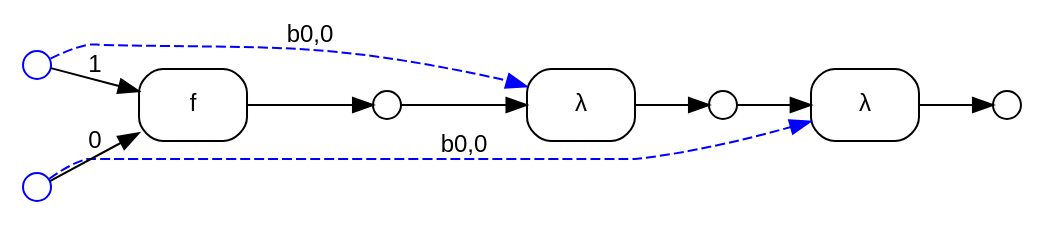
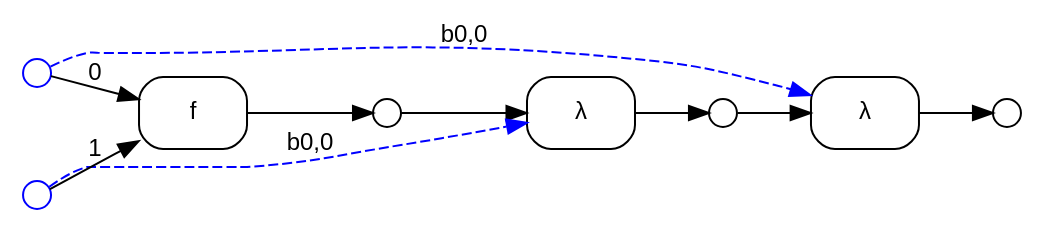
One commit to ammatsui/bhypvis changed the diagram in safety_safe_nested_lambda.dot. Above: the diagram before and after it, drawn with Graphviz. The commit also changed other lines of this file and 765 other files, not shown here.

```diff
--- a/safety_safe_nested_lambda.dot
+++ b/safety_safe_nested_lambda.dot
@@ -1,32 +1,32 @@
 digraph G {
   fontname="Helvetica"
   fontsize=12
   rankdir=LR;
   node [fontname="Helvetica", fontsize=12];
   edge [fontname="Helvetica", fontsize=12];
 
   // Nodes
-  n4 [label="", shape=circle, style=filled, fillcolor=white, color="black", width=0.2, height=0.2, fixedsize=true];
+  n0 [label="", shape=circle, style=filled, fillcolor=white, color="blue", width=0.2, height=0.2, fixedsize=true];
+  n2 [label="", shape=circle, style=filled, fillcolor=white, color="black", width=0.2, height=0.2, fixedsize=true];
   n1 [label="", shape=circle, style=filled, fillcolor=white, color="blue", width=0.2, height=0.2, fixedsize=true];
   n3 [label="", shape=circle, style=filled, fillcolor=white, color="black", width=0.2, height=0.2, fixedsize=true];
-  n2 [label="", shape=circle, style=filled, fillcolor=white, color="black", width=0.2, height=0.2, fixedsize=true];
-  n0 [label="", shape=circle, style=filled, fillcolor=white, color="blue", width=0.2, height=0.2, fixedsize=true];
+  n4 [label="", shape=circle, style=filled, fillcolor=white, color="black", width=0.2, height=0.2, fixedsize=true];
 
   // Hyperedges
+  e1 [label="λ", shape=box, style=rounded, color="black"];
   e2 [label="λ", shape=box, style=rounded, color="black"];
-  e1 [label="λ", shape=box, style=rounded, color="black"];
   e0 [label="f", shape=box, style=rounded, color="black"];
 
   // Source connections
+  n2 -> e1 [label=""];
+  n1 -> e1 [style=dashed, color="blue", constraint=false, label="b0,0"];
   n3 -> e2 [label=""];
   n0 -> e2 [style=dashed, color="blue", constraint=false, label="b0,0"];
-  n2 -> e1 [label=""];
-  n1 -> e1 [style=dashed, color="blue", constraint=false, label="b0,0"];
   n0 -> e0 [label="0"];
   n1 -> e0 [label="1"];
 
   // Target connections
+  e1 -> n3 [label=""];
   e2 -> n4 [label=""];
-  e1 -> n3 [label=""];
   e0 -> n2 [label=""];
 }
```
